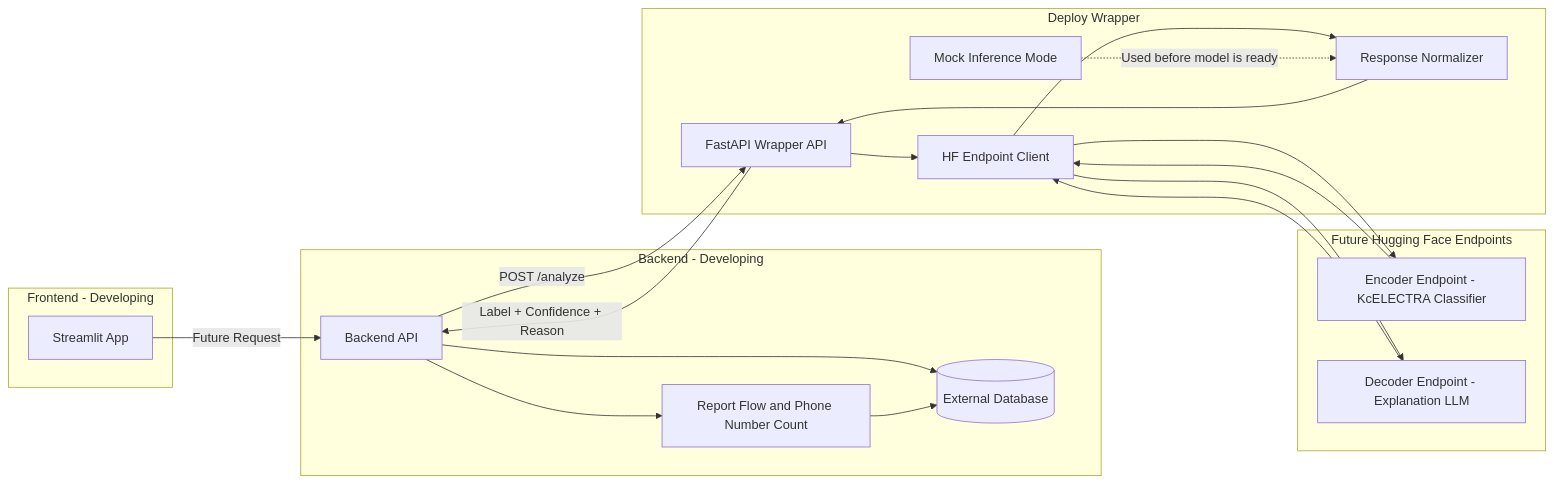
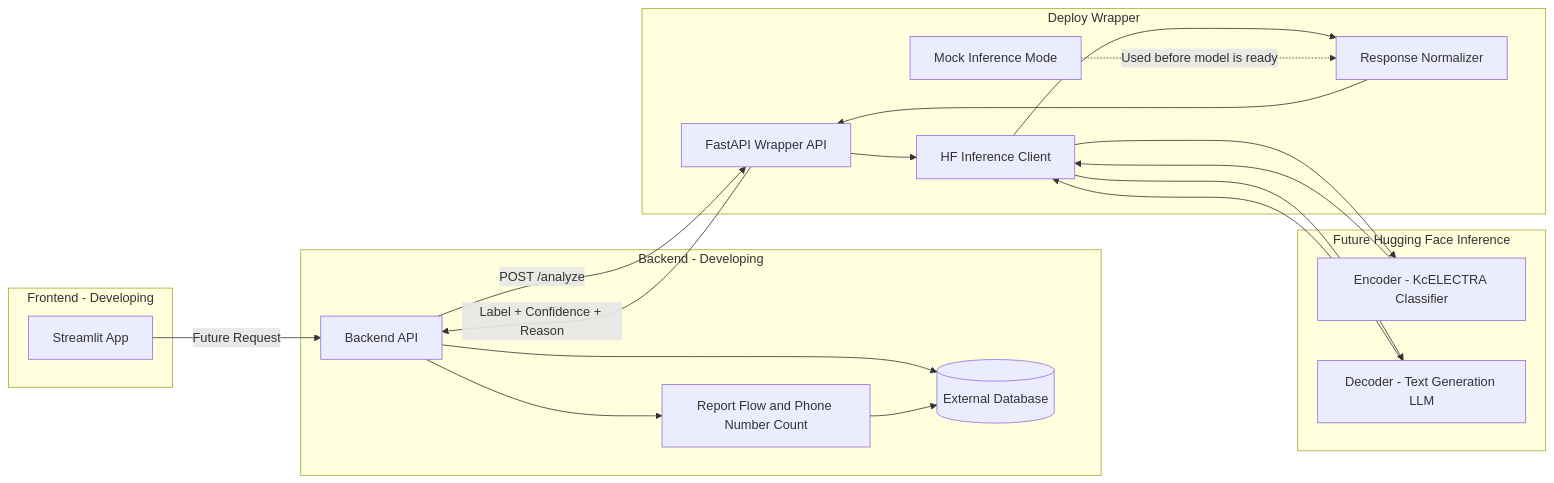
One commit to Skullking2520/kdt-ai-2-team3-advanced changed the diagram in deploy/architecture.md. Above: the diagram before and after it, drawn with Mermaid. The commit also changed other lines of this file and 9 other files, not shown here.

````diff
--- a/deploy/architecture.md
+++ b/deploy/architecture.md
@@ -7,39 +7,39 @@
 ```mermaid
 graph LR
     subgraph Frontend [Frontend - Developing]
         ST[Streamlit App]
     end
 
     subgraph Backend [Backend - Developing]
         BE[Backend API]
         DB[(External Database)]
         Report[Report Flow and Phone Number Count]
     end
 
     subgraph Deploy [Deploy Wrapper]
         API[FastAPI Wrapper API]
-        Client[HF Endpoint Client]
+        Client[HF Inference Client]
         Normalize[Response Normalizer]
         Mock[Mock Inference Mode]
     end
 
-    subgraph HF [Future Hugging Face Endpoints]
-        ENC[Encoder Endpoint - KcELECTRA Classifier]
-        DEC[Decoder Endpoint - Explanation LLM]
+    subgraph HF [Future Hugging Face Inference]
+        ENC[Encoder - KcELECTRA Classifier]
+        DEC[Decoder - Text Generation LLM]
     end
 
     ST -->|Future Request| BE
     BE -->|POST /analyze| API
     API --> Client
     Client --> ENC
     Client --> DEC
     ENC --> Client
     DEC --> Client
     Client --> Normalize
     Normalize --> API
     API -->|Label + Confidence + Reason| BE
     BE --> DB
     BE --> Report
     Report --> DB
     Mock -.->|Used before model is ready| Normalize
 ```
````
